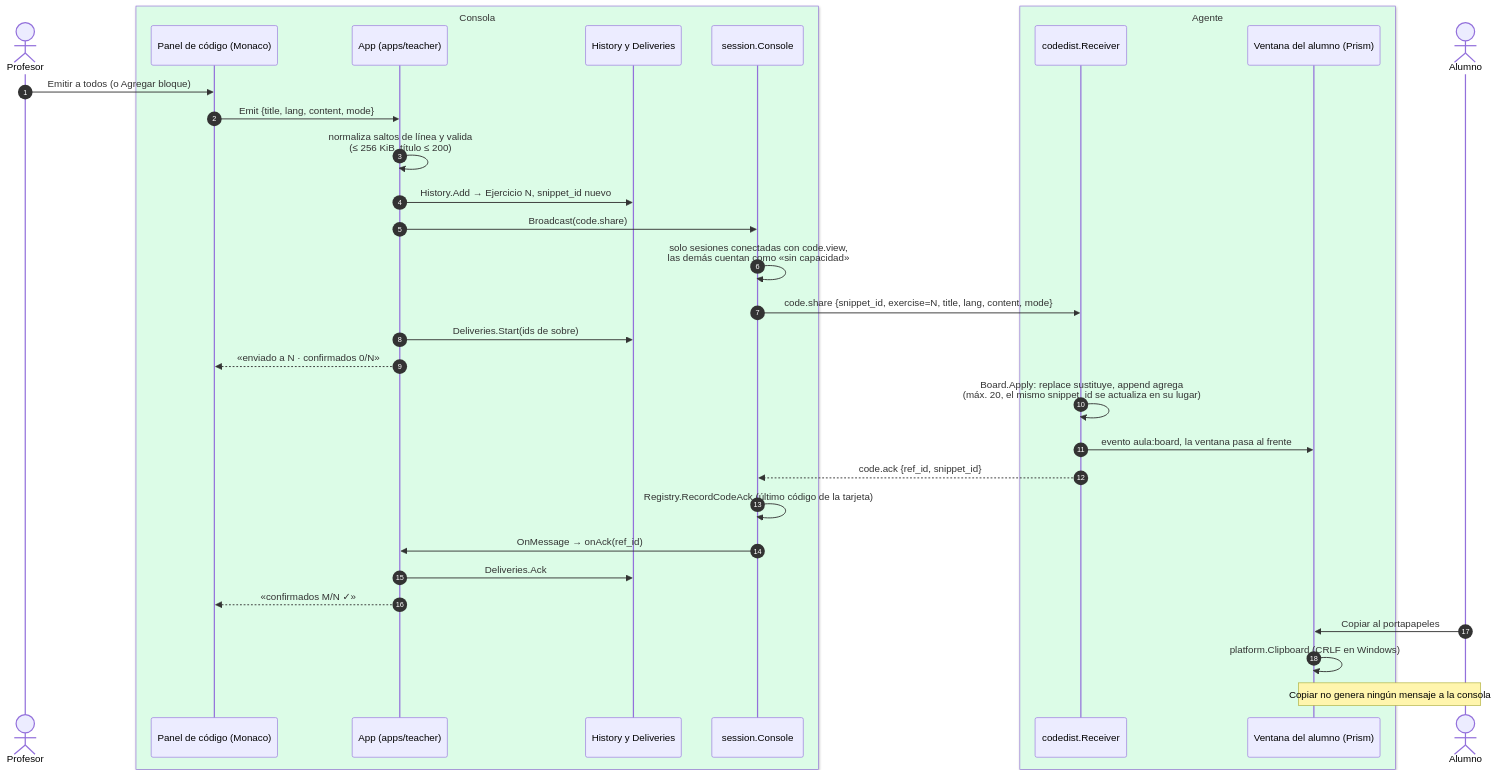
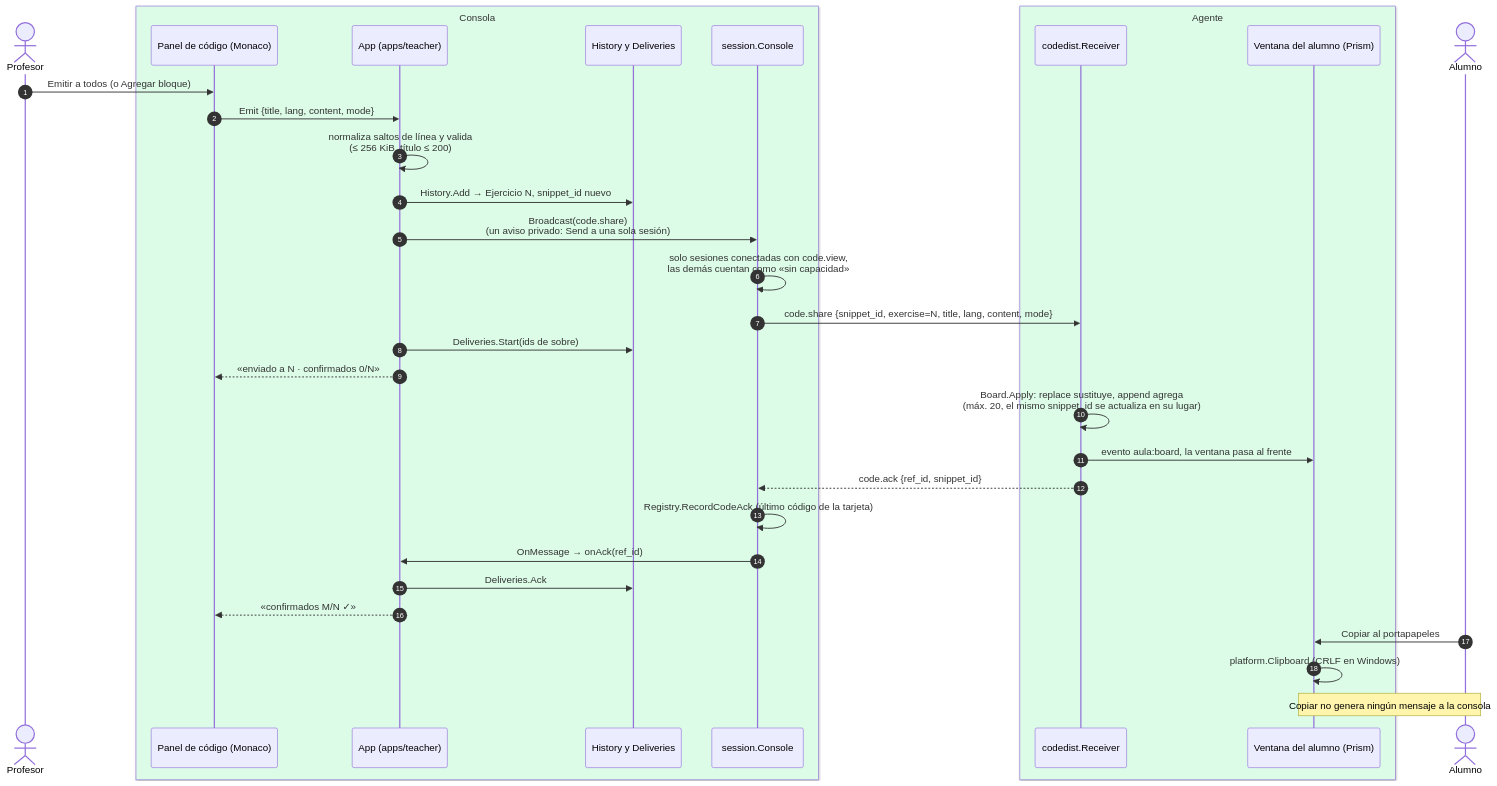
Before and after one commit to bayalad7/aula: the diagram in docs/v1/diagramas/06-emision-codigo.md, drawn with Mermaid. The commit also changed other lines of this file and 19 other files, not shown here.

First line of the commit message:
documentacion(docs): privacidad, manual, diagrama y pruebas del mensaje privado

````diff
--- a/docs/v1/diagramas/06-emision-codigo.md
+++ b/docs/v1/diagramas/06-emision-codigo.md
@@ -14,39 +14,39 @@
 ```mermaid
 %%{init: {"htmlLabels": false}}%%
 sequenceDiagram
     autonumber
     actor P as Profesor
     box rgb(220,252,231) Consola
         participant UI as Panel de código (Monaco)
         participant T as App (apps/teacher)
         participant H as History y Deliveries
         participant S as session.Console
     end
     box rgb(220,252,231) Agente
         participant R as codedist.Receiver
         participant W as Ventana del alumno (Prism)
     end
     actor E as Alumno
 
     P->>UI: Emitir a todos (o Agregar bloque)
     UI->>T: Emit {title, lang, content, mode}
     T->>T: normaliza saltos de línea y valida<br/>(≤ 256 KiB, título ≤ 200)
     T->>H: History.Add → Ejercicio N, snippet_id nuevo
-    T->>S: Broadcast(code.share)
+    T->>S: Broadcast(code.share)<br/>(un aviso privado: Send a una sola sesión)
     S->>S: solo sesiones conectadas con code.view,<br/>las demás cuentan como «sin capacidad»
     S->>R: code.share {snippet_id, exercise=N, title, lang, content, mode}
     T->>H: Deliveries.Start(ids de sobre)
     T-->>UI: «enviado a N · confirmados 0/N»
 
     R->>R: Board.Apply: replace sustituye, append agrega<br/>(máx. 20, el mismo snippet_id se actualiza en su lugar)
     R->>W: evento aula:board, la ventana pasa al frente
     R-->>S: code.ack {ref_id, snippet_id}
     S->>S: Registry.RecordCodeAck (último código de la tarjeta)
     S->>T: OnMessage → onAck(ref_id)
     T->>H: Deliveries.Ack
     T-->>UI: «confirmados M/N ✓»
 
     E->>W: Copiar al portapapeles
     W->>W: platform.Clipboard (CRLF en Windows)
     Note over E,W: Copiar no genera ningún mensaje a la consola
 ```
````
